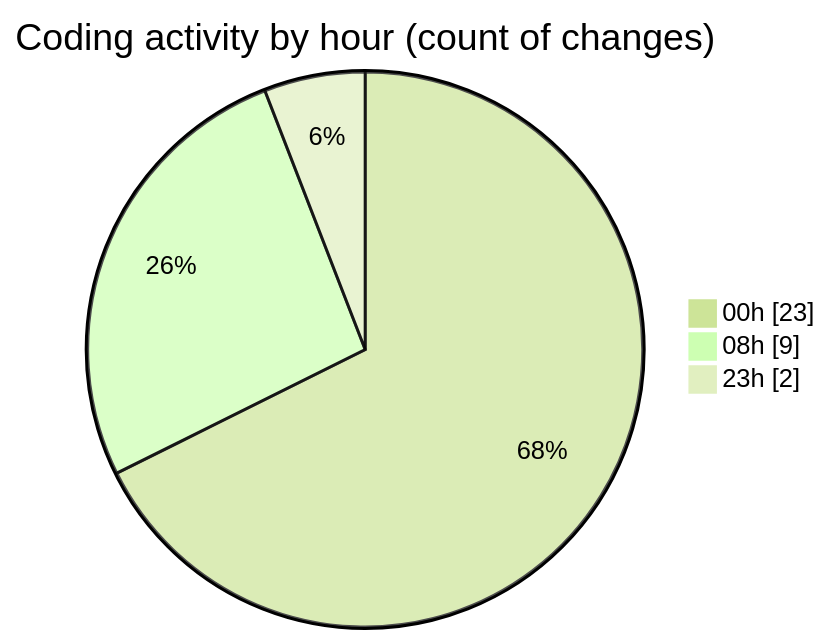
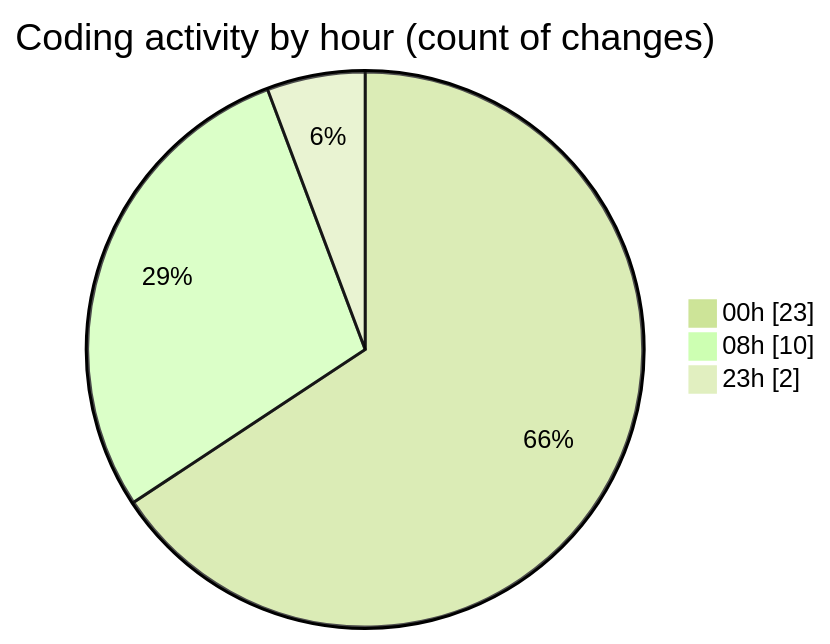
The second of 2 diagrams in 2025-05-29/advertise/README.md (Elitesun/code-tracking), drawn with Mermaid (forest theme) before and after one commit. The commit also changed other lines of this file and 1 other file, not shown here.

````diff
--- a/2025-05-29/advertise/README.md
+++ b/2025-05-29/advertise/README.md
@@ -35,7 +35,7 @@
 ```mermaid
 pie showData
 title Coding activity by hour (count of changes)
 "00h" : 23
-"08h" : 9
+"08h" : 10
 "23h" : 2
 ```
````
